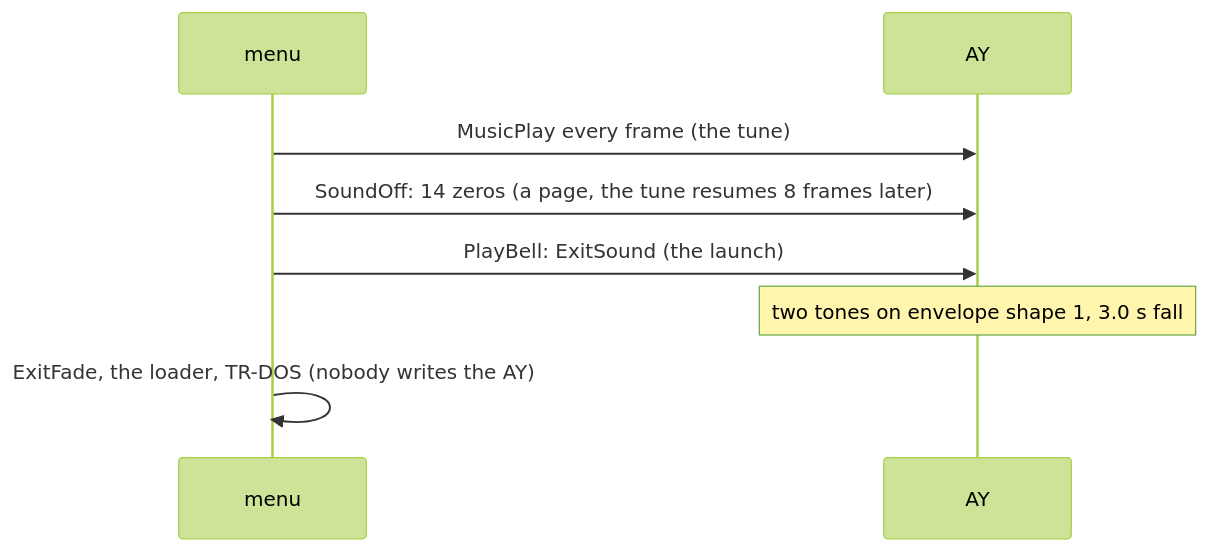
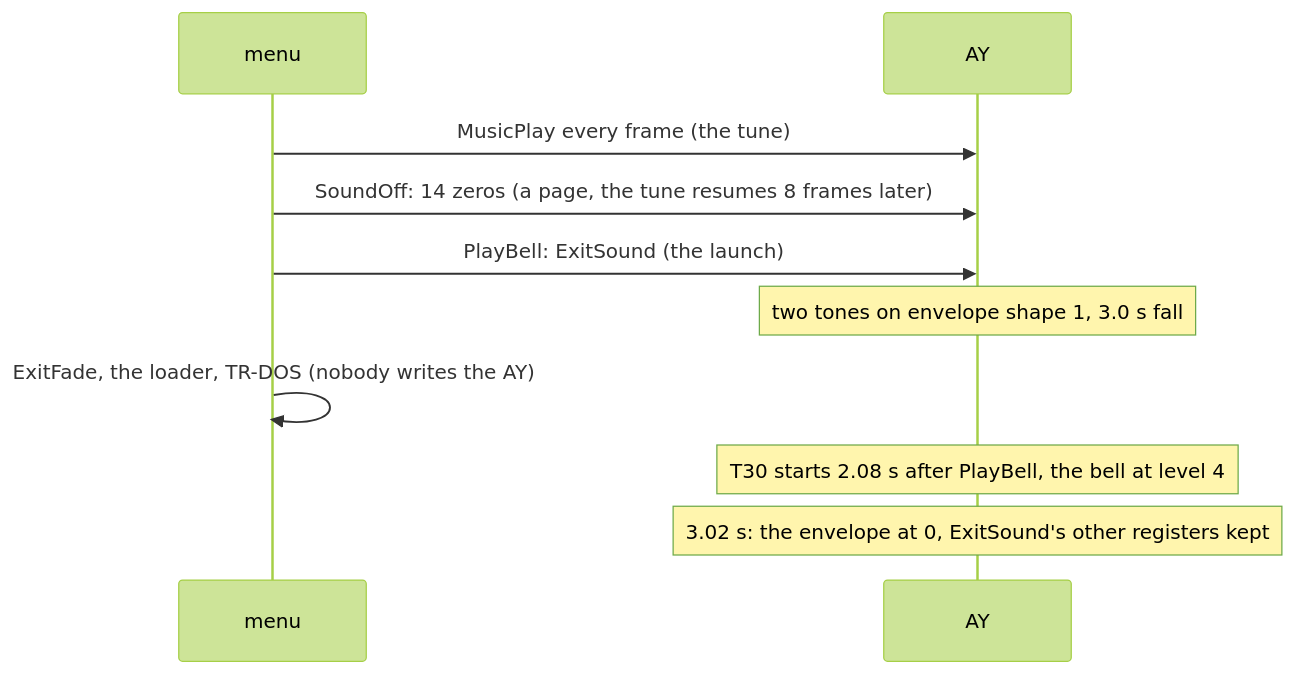
One commit to alfishe/unrealng-reverse-cases changed the ninth of 9 diagrams in software/zyx-boot/docs/09-music-and-sound.md. Above: the diagram before and after it, drawn with Mermaid (forest theme). The commit also changed other lines of this file and 45 other files, not shown here.

````diff
--- a/software/zyx-boot/docs/09-music-and-sound.md
+++ b/software/zyx-boot/docs/09-music-and-sound.md
@@ -747,10 +865,12 @@
 ```mermaid
 sequenceDiagram
     participant M as menu
     participant AY as AY
     M->>AY: MusicPlay every frame (the tune)
     M->>AY: SoundOff: 14 zeros (a page, the tune resumes 8 frames later)
     M->>AY: PlayBell: ExitSound (the launch)
     Note over AY: two tones on envelope shape 1, 3.0 s fall
     M->>M: ExitFade, the loader, TR-DOS (nobody writes the AY)
+    Note over AY: T30 starts 2.08 s after PlayBell, the bell at level 4
+    Note over AY: 3.02 s: the envelope at 0, ExitSound's other registers kept
 ```
````
